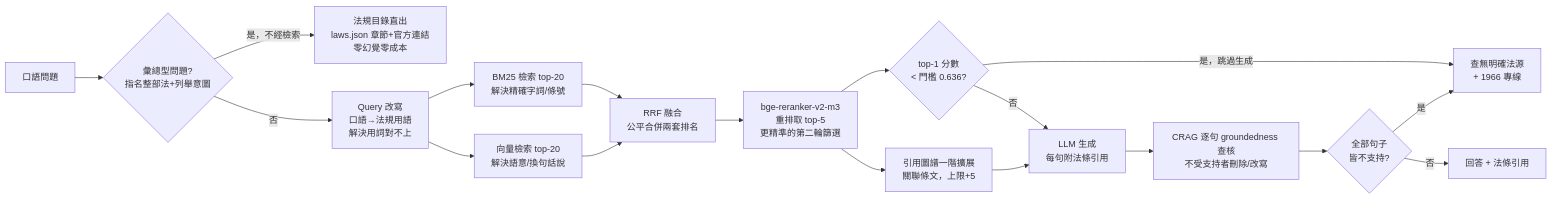
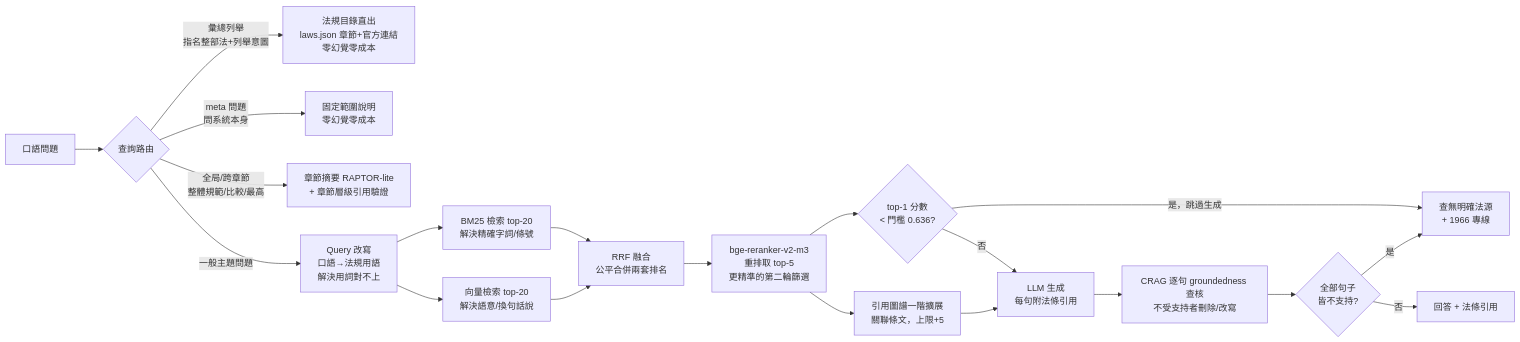
Before and after one commit to kuotunyu/tw-longcare-rag: the second of 3 diagrams in README.md, drawn with Mermaid. The commit also changed other lines of this file, not shown here.

Commit message:
docs: README 架構圖同步三層查詢路由（D12/D13），誠實揭露跨法規比較已知限制

````diff
--- a/README.md
+++ b/README.md
@@ -33,20 +33,22 @@
 ```mermaid
 flowchart LR
-    Q[口語問題] --> ROUTER{彙總型問題?<br/>指名整部法+列舉意圖}
-    ROUTER -->|是，不經檢索| TOC[法規目錄直出<br/>laws.json 章節+官方連結<br/>零幻覺零成本]
-    ROUTER -->|否| RW[Query 改寫<br/>口語→法規用語<br/>解決用詞對不上]
+    Q[口語問題] --> ROUTER{查詢路由}
+    ROUTER -->|彙總列舉<br/>指名整部法+列舉意圖| TOC[法規目錄直出<br/>laws.json 章節+官方連結<br/>零幻覺零成本]
+    ROUTER -->|meta 問題<br/>問系統本身| META[固定範圍說明<br/>零幻覺零成本]
+    ROUTER -->|全局/跨章節<br/>整體規範/比較/最高| RAPTOR[章節摘要 RAPTOR-lite<br/>+ 章節層級引用驗證]
+    ROUTER -->|一般主題問題| RW[Query 改寫<br/>口語→法規用語<br/>解決用詞對不上]
     RW --> BM25[BM25 檢索 top-20<br/>解決精確字詞/條號]
     RW --> VEC[向量檢索 top-20<br/>解決語意/換句話說]
     BM25 --> RRF[RRF 融合<br/>公平合併兩套排名]
     VEC --> RRF
     RRF --> RR[bge-reranker-v2-m3<br/>重排取 top-5<br/>更精準的第二輪篩選]
     RR --> GE[引用圖譜一階擴展<br/>關聯條文，上限+5]
     RR --> GATE1{top-1 分數<br/>< 門檻 0.636?}
     GATE1 -->|是，跳過生成| A2[查無明確法源<br/>+ 1966 專線]
     GATE1 -->|否| GEN[LLM 生成<br/>每句附法條引用]
     GE --> GEN
     GEN --> GND[CRAG 逐句 groundedness 查核<br/>不受支持者刪除/改寫]
     GND --> GATE2{全部句子<br/>皆不支持?}
     GATE2 -->|是| A2
     GATE2 -->|否| A[回答 + 法條引用]
 ```
````
